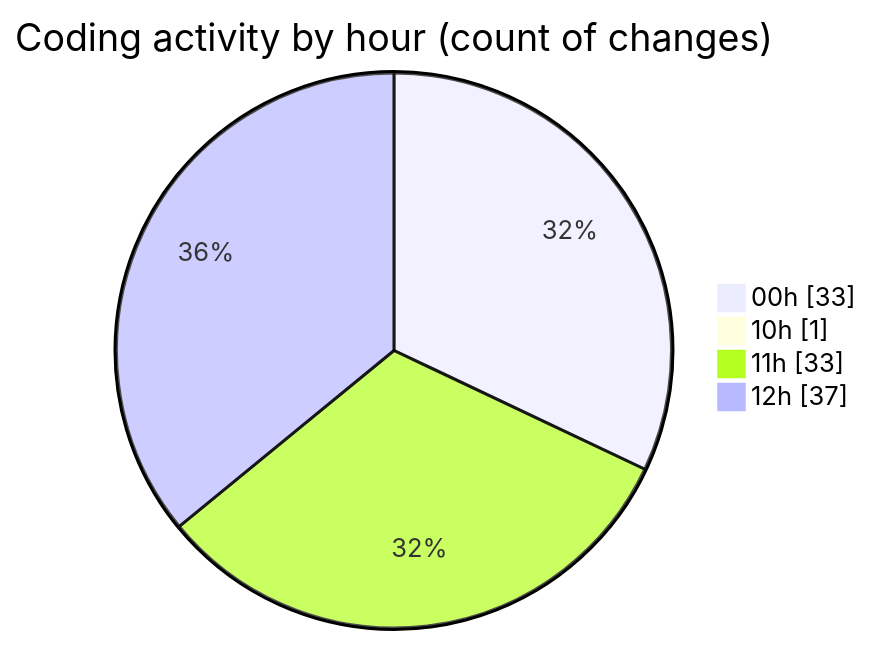
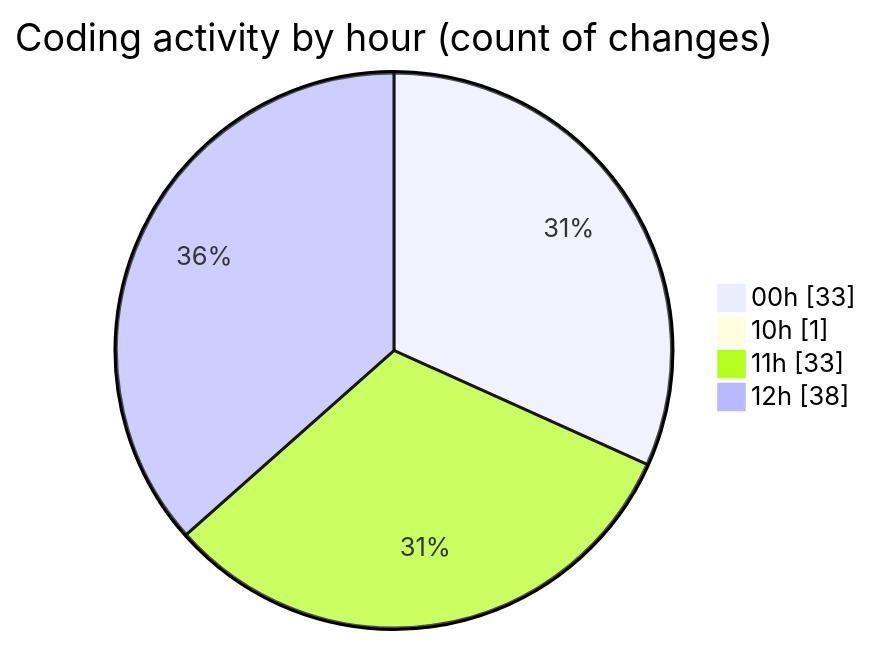
The second of 2 diagrams in 2025-08-10/nxtqube_webapp/README.md (nxtqubesakshisongat/code-tracking), drawn with Mermaid before and after one commit. The commit also changed other lines of this file and 1 other file, not shown here.

````diff
--- a/2025-08-10/nxtqube_webapp/README.md
+++ b/2025-08-10/nxtqube_webapp/README.md
@@ -30,8 +30,8 @@
 ```mermaid
 pie showData
 title Coding activity by hour (count of changes)
 "00h" : 33
 "10h" : 1
 "11h" : 33
-"12h" : 37
+"12h" : 38
 ```
````
